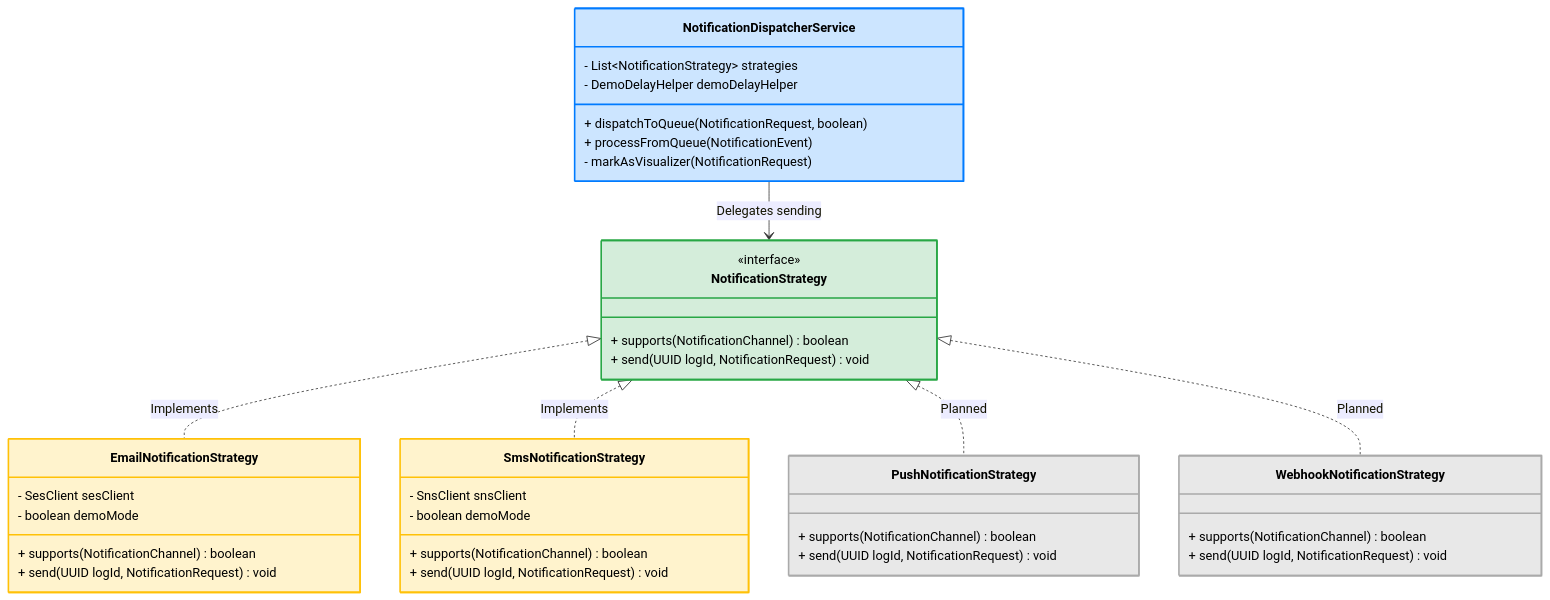
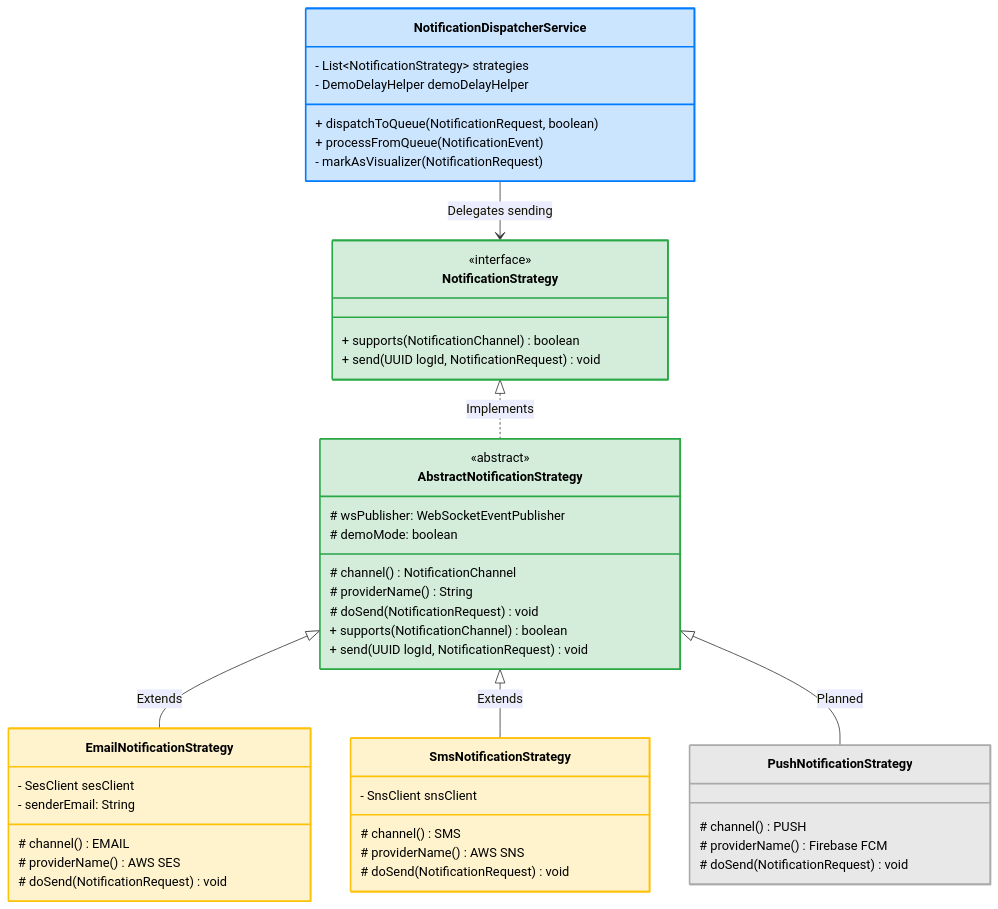
The third of 4 diagrams in ARCHITECTURE.md (pmfml/multi-channel-notification-engine), drawn with Mermaid before and after one commit. The commit also changed other lines of this file, not shown here.

Commit message:
docs(architecture): reflect Template Method hierarchy and DemoDelayHelper

````diff
--- a/ARCHITECTURE.md
+++ b/ARCHITECTURE.md
@@ -83,53 +84,61 @@
 ```mermaid
 classDiagram
     class NotificationDispatcherService {
         - List~NotificationStrategy~ strategies
         - DemoDelayHelper demoDelayHelper
         + dispatchToQueue(NotificationRequest, boolean)
         + processFromQueue(NotificationEvent)
         - markAsVisualizer(NotificationRequest)
     }
 
     class NotificationStrategy {
         <<interface>>
         + supports(NotificationChannel) boolean
         + send(UUID logId, NotificationRequest) void
     }
 
-    class EmailNotificationStrategy {
-        - SesClient sesClient
-        - boolean demoMode
+    class AbstractNotificationStrategy {
+        <<abstract>>
+        # wsPublisher: WebSocketEventPublisher
+        # demoMode: boolean
+        # channel() NotificationChannel
+        # providerName() String
+        # doSend(NotificationRequest) void
         + supports(NotificationChannel) boolean
         + send(UUID logId, NotificationRequest) void
     }
 
+    class EmailNotificationStrategy {
+        - SesClient sesClient
+        - senderEmail: String
+        # channel() EMAIL
+        # providerName() AWS SES
+        # doSend(NotificationRequest) void
+    }
+
     class SmsNotificationStrategy {
         - SnsClient snsClient
-        - boolean demoMode
-        + supports(NotificationChannel) boolean
-        + send(UUID logId, NotificationRequest) void
+        # channel() SMS
+        # providerName() AWS SNS
+        # doSend(NotificationRequest) void
     }
 
     class PushNotificationStrategy {
-        + supports(NotificationChannel) boolean
-        + send(UUID logId, NotificationRequest) void
-    }
-
-    class WebhookNotificationStrategy {
-        + supports(NotificationChannel) boolean
-        + send(UUID logId, NotificationRequest) void
+        # channel() PUSH
+        # providerName() Firebase FCM
+        # doSend(NotificationRequest) void
     }
 
     NotificationDispatcherService --> NotificationStrategy : Delegates sending
-    NotificationStrategy <|.. EmailNotificationStrategy : Implements
-    NotificationStrategy <|.. SmsNotificationStrategy : Implements
-    NotificationStrategy <|.. PushNotificationStrategy : Planned
-    NotificationStrategy <|.. WebhookNotificationStrategy : Planned
+    NotificationStrategy <|.. AbstractNotificationStrategy : Implements
+    AbstractNotificationStrategy <|-- EmailNotificationStrategy : Extends
+    AbstractNotificationStrategy <|-- SmsNotificationStrategy : Extends
+    AbstractNotificationStrategy <|-- PushNotificationStrategy : Planned
 
     style NotificationDispatcherService fill:#cce5ff,stroke:#007bff,stroke-width:2px,color:#000000
     style NotificationStrategy fill:#d4edda,stroke:#28a745,stroke-width:2px,color:#000000
+    style AbstractNotificationStrategy fill:#d4edda,stroke:#28a745,stroke-width:2px,color:#000000
     style EmailNotificationStrategy fill:#fff3cd,stroke:#ffc107,stroke-width:2px,color:#000000
     style SmsNotificationStrategy fill:#fff3cd,stroke:#ffc107,stroke-width:2px,color:#000000
     style PushNotificationStrategy fill:#e8e8e8,stroke:#aaaaaa,stroke-width:2px,color:#000000
-    style WebhookNotificationStrategy fill:#e8e8e8,stroke:#aaaaaa,stroke-width:2px,color:#000000
 ```
````
